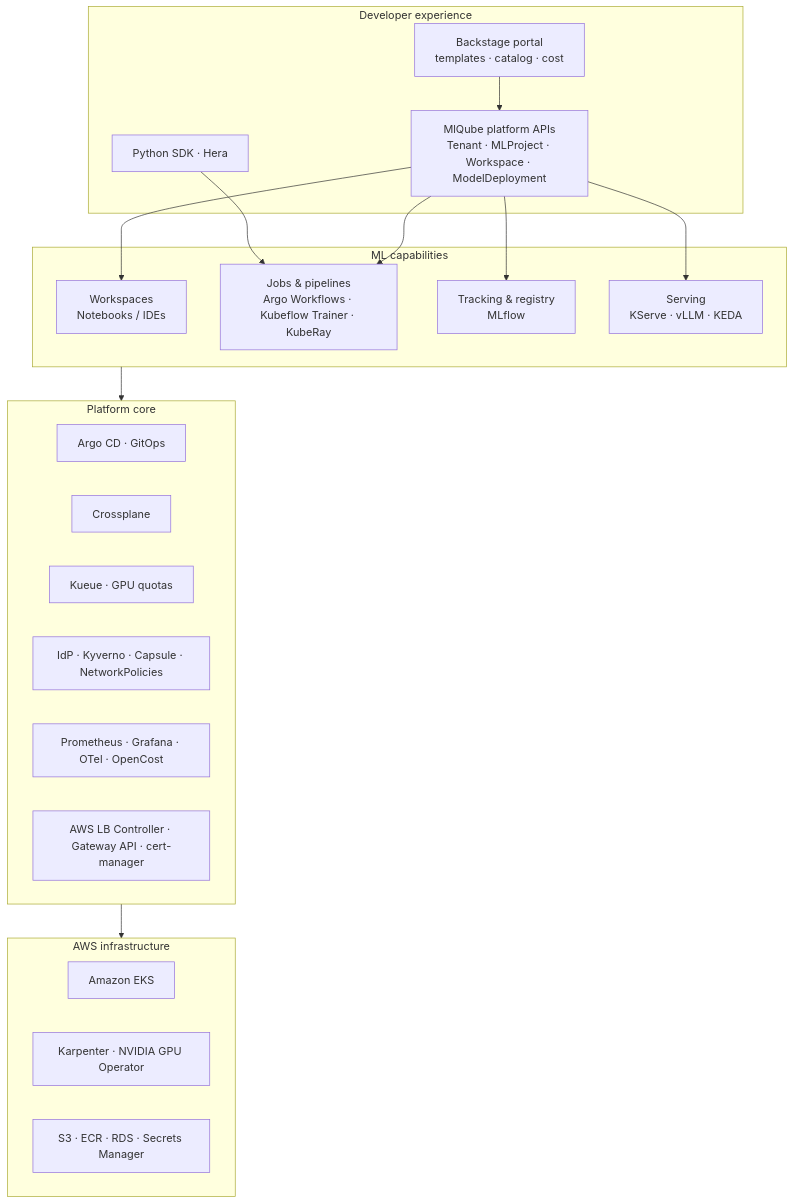
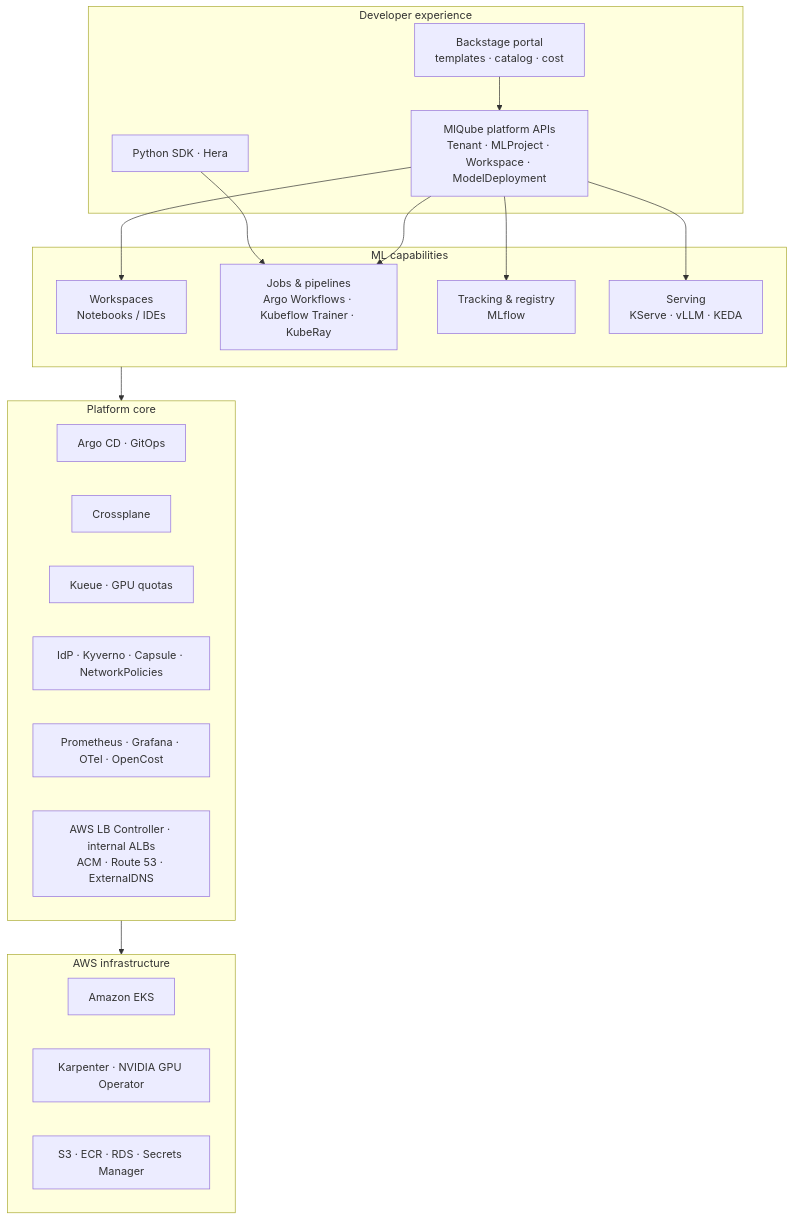
The second of 4 diagrams in docs/architecture.md (mlqube/.github), drawn with Mermaid before and after one commit. The commit also changed other lines of this file and 3 other files, not shown here.

First line of the commit message:
docs: accept ADR-0009 (corporate IdP over OIDC) and ADR-0010 (private ingress with internal ALBs)

````diff
--- a/docs/architecture.md
+++ b/docs/architecture.md
@@ -133,36 +137,36 @@
 ```mermaid
 flowchart TB
     subgraph Portal["Developer experience"]
         UI[Backstage portal<br/>templates · catalog · cost]
         SDK[Python SDK · Hera]
         API[MlQube platform APIs<br/>Tenant · MLProject · Workspace · ModelDeployment]
     end
 
     subgraph ML["ML capabilities"]
         WS[Workspaces<br/>Notebooks / IDEs]
         JOBS[Jobs & pipelines<br/>Argo Workflows · Kubeflow Trainer · KubeRay]
         REG[Tracking & registry<br/>MLflow]
         SRV[Serving<br/>KServe · vLLM · KEDA]
     end
 
     subgraph Core["Platform core"]
         GITOPS[Argo CD · GitOps]
         XPC[Crossplane]
         Q[Kueue · GPU quotas]
         SEC[IdP · Kyverno · Capsule · NetworkPolicies]
         OBSC[Prometheus · Grafana · OTel · OpenCost]
-        GW[AWS LB Controller · Gateway API · cert-manager]
+        GW[AWS LB Controller · internal ALBs<br/>ACM · Route 53 · ExternalDNS]
     end
 
     subgraph Infra["AWS infrastructure"]
         EKS[Amazon EKS]
         KARP[Karpenter · NVIDIA GPU Operator]
         STO[S3 · ECR · RDS · Secrets Manager]
     end
 
     UI --> API
     SDK --> JOBS
     API --> WS & JOBS & REG & SRV
     ML --> Core
     Core --> Infra
 ```
````
